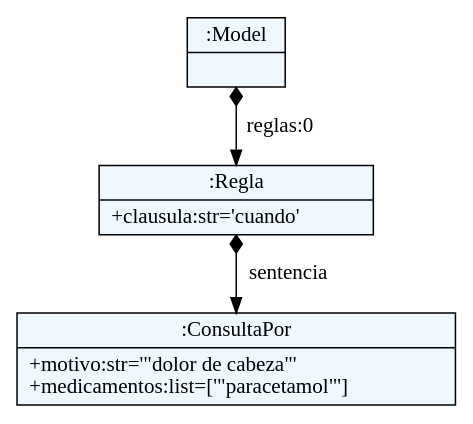
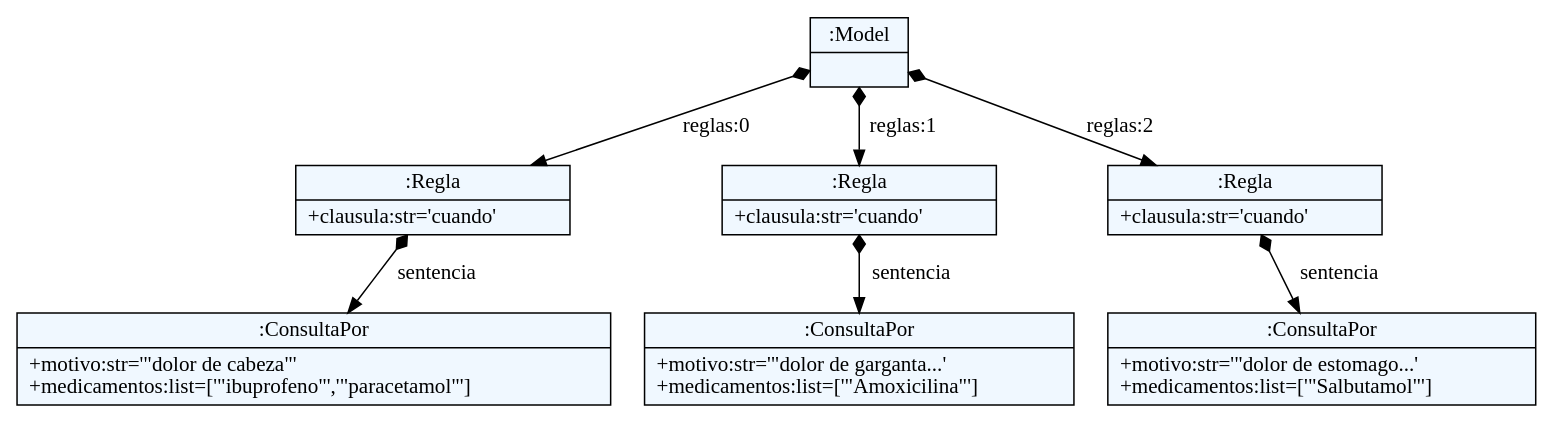
One commit to Patrick-beep-ui/KURE changed the diagram in dsl/ast.dot. Above: the diagram before and after it, drawn with Graphviz. The commit also changed 8 other files, not shown here.

```diff
--- a/dsl/ast.dot
+++ b/dsl/ast.dot
@@ -1,20 +1,28 @@
 
     digraph textX {
     fontname = "Bitstream Vera Sans"
     fontsize = 8
     node[
         shape=record,
         style=filled,
         fillcolor=aliceblue
     ]
     nodesep = 0.3
     edge[dir=black,arrowtail=empty]
 
 
-2945849416384 -> 2945849416528 [label="reglas:0" arrowtail=diamond dir=both]
-2945849416528 -> 2945849354928 [label="sentencia" arrowtail=diamond dir=both]
-2945849354928[label="{:ConsultaPor|+motivo:str='\"dolor de cabeza\"'\l+medicamentos:list=['\"paracetamol\"']\l}"]
-2945849416528[label="{:Regla|+clausula:str='cuando'\l}"]
-2945849416384[label="{:Model|}"]
+3045420816608 -> 3045420816752 [label="reglas:0" arrowtail=diamond dir=both]
+3045420816752 -> 3045420816848 [label="sentencia" arrowtail=diamond dir=both]
+3045420816848[label="{:ConsultaPor|+motivo:str='\"dolor de cabeza\"'\l+medicamentos:list=['\"ibuprofeno\"','\"paracetamol\"']\l}"]
+3045420816752[label="{:Regla|+clausula:str='cuando'\l}"]
+3045420816608 -> 3045420755632 [label="reglas:1" arrowtail=diamond dir=both]
+3045420755632 -> 3045420816896 [label="sentencia" arrowtail=diamond dir=both]
+3045420816896[label="{:ConsultaPor|+motivo:str='\"dolor de garganta\...'\l+medicamentos:list=['\"Amoxicilina\"']\l}"]
+3045420755632[label="{:Regla|+clausula:str='cuando'\l}"]
+3045420816608 -> 3045420816800 [label="reglas:2" arrowtail=diamond dir=both]
+3045420816800 -> 3045420817040 [label="sentencia" arrowtail=diamond dir=both]
+3045420817040[label="{:ConsultaPor|+motivo:str='\"dolor de estomago\...'\l+medicamentos:list=['\"Salbutamol\"']\l}"]
+3045420816800[label="{:Regla|+clausula:str='cuando'\l}"]
+3045420816608[label="{:Model|}"]
 
 }
```
